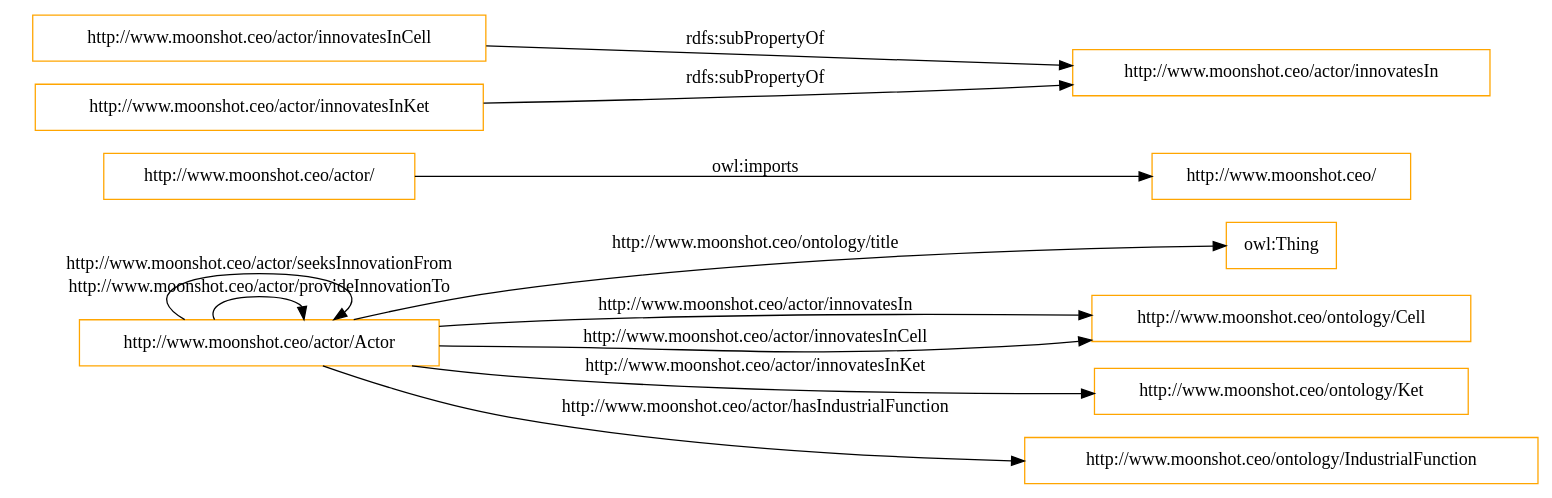
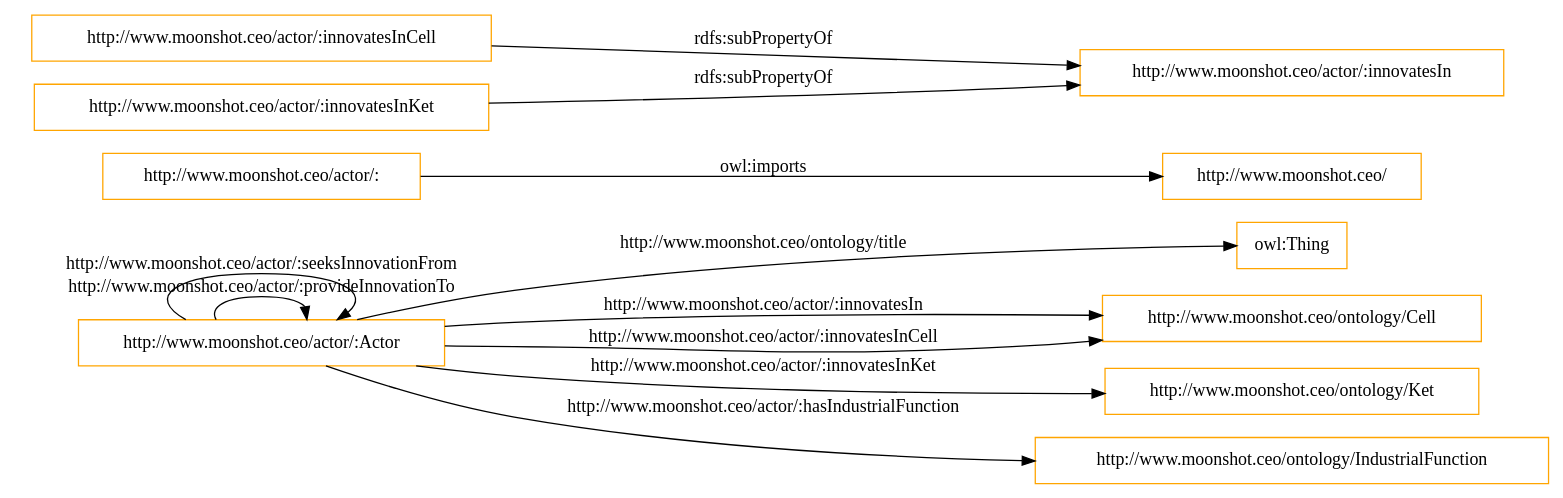
The diagram in OnToology/iebrain-actor.owl/diagrams/ar2dtool-class/iebrain-actor.owl.png.dot (oeg-upm/IEBrain), drawn with Graphviz before and after one commit. The commit also changed 10 other files, not shown here.

```diff
--- a/OnToology/iebrain-actor.owl/diagrams/ar2dtool-class/iebrain-actor.owl.png.dot
+++ b/OnToology/iebrain-actor.owl/diagrams/ar2dtool-class/iebrain-actor.owl.png.dot
@@ -1,16 +1,16 @@
 digraph ar2dtool_diagram { 
 rankdir=LR;
 size="1501"
-node [shape = rectangle, color="orange"]; "http://www.moonshot.ceo/actor/Actor" ; /*classes style*/
-	"http://www.moonshot.ceo/actor/" -> "http://www.moonshot.ceo/" [ label = "owl:imports" ];
-	"http://www.moonshot.ceo/actor/innovatesInCell" -> "http://www.moonshot.ceo/actor/innovatesIn" [ label = "rdfs:subPropertyOf" ];
-	"http://www.moonshot.ceo/actor/innovatesInKet" -> "http://www.moonshot.ceo/actor/innovatesIn" [ label = "rdfs:subPropertyOf" ];
-	"http://www.moonshot.ceo/actor/Actor" -> "owl:Thing" [ label = "http://www.moonshot.ceo/ontology/title" ];
-	"http://www.moonshot.ceo/actor/Actor" -> "http://www.moonshot.ceo/actor/Actor" [ label = "http://www.moonshot.ceo/actor/provideInnovationTo" ];
-	"http://www.moonshot.ceo/actor/Actor" -> "http://www.moonshot.ceo/actor/Actor" [ label = "http://www.moonshot.ceo/actor/seeksInnovationFrom" ];
-	"http://www.moonshot.ceo/actor/Actor" -> "http://www.moonshot.ceo/ontology/Cell" [ label = "http://www.moonshot.ceo/actor/innovatesIn" ];
-	"http://www.moonshot.ceo/actor/Actor" -> "http://www.moonshot.ceo/ontology/Ket" [ label = "http://www.moonshot.ceo/actor/innovatesInKet" ];
-	"http://www.moonshot.ceo/actor/Actor" -> "http://www.moonshot.ceo/ontology/Cell" [ label = "http://www.moonshot.ceo/actor/innovatesInCell" ];
-	"http://www.moonshot.ceo/actor/Actor" -> "http://www.moonshot.ceo/ontology/IndustrialFunction" [ label = "http://www.moonshot.ceo/actor/hasIndustrialFunction" ];
+node [shape = rectangle, color="orange"]; "http://www.moonshot.ceo/actor/:Actor" ; /*classes style*/
+	"http://www.moonshot.ceo/actor/:" -> "http://www.moonshot.ceo/" [ label = "owl:imports" ];
+	"http://www.moonshot.ceo/actor/:innovatesInCell" -> "http://www.moonshot.ceo/actor/:innovatesIn" [ label = "rdfs:subPropertyOf" ];
+	"http://www.moonshot.ceo/actor/:innovatesInKet" -> "http://www.moonshot.ceo/actor/:innovatesIn" [ label = "rdfs:subPropertyOf" ];
+	"http://www.moonshot.ceo/actor/:Actor" -> "owl:Thing" [ label = "http://www.moonshot.ceo/ontology/title" ];
+	"http://www.moonshot.ceo/actor/:Actor" -> "http://www.moonshot.ceo/actor/:Actor" [ label = "http://www.moonshot.ceo/actor/:provideInnovationTo" ];
+	"http://www.moonshot.ceo/actor/:Actor" -> "http://www.moonshot.ceo/actor/:Actor" [ label = "http://www.moonshot.ceo/actor/:seeksInnovationFrom" ];
+	"http://www.moonshot.ceo/actor/:Actor" -> "http://www.moonshot.ceo/ontology/Cell" [ label = "http://www.moonshot.ceo/actor/:innovatesIn" ];
+	"http://www.moonshot.ceo/actor/:Actor" -> "http://www.moonshot.ceo/ontology/Ket" [ label = "http://www.moonshot.ceo/actor/:innovatesInKet" ];
+	"http://www.moonshot.ceo/actor/:Actor" -> "http://www.moonshot.ceo/ontology/Cell" [ label = "http://www.moonshot.ceo/actor/:innovatesInCell" ];
+	"http://www.moonshot.ceo/actor/:Actor" -> "http://www.moonshot.ceo/ontology/IndustrialFunction" [ label = "http://www.moonshot.ceo/actor/:hasIndustrialFunction" ];
 
 }
```
